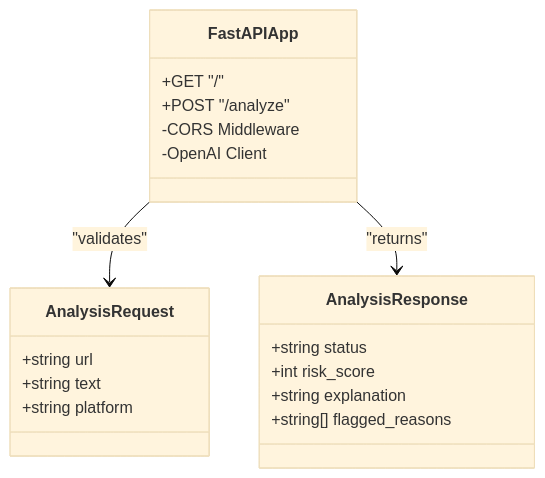
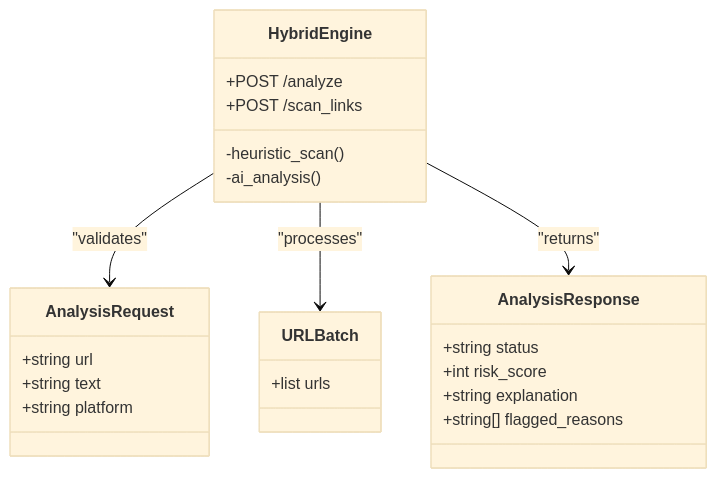
Before and after one commit to Aymanaahh/scrollguard-ai: the sixth of 7 diagrams in .qoder/repowiki/en/content/System Architecture.md, drawn with Mermaid (base theme). The commit also changed other lines of this file and 36 other files, not shown here.

````diff
--- a/.qoder/repowiki/en/content/System Architecture.md
+++ b/.qoder/repowiki/en/content/System Architecture.md
@@ -250,22 +263,26 @@
 ```mermaid
 classDiagram
 class AnalysisRequest {
 +string url
 +string text
 +string platform
 }
+class URLBatch {
++list urls
+}
 class AnalysisResponse {
 +string status
 +int risk_score
 +string explanation
 +string[] flagged_reasons
 }
-class FastAPIApp {
-+GET "/"
-+POST "/analyze"
--CORS Middleware
--OpenAI Client
+class HybridEngine {
++POST /analyze
++POST /scan_links
+-heuristic_scan()
+-ai_analysis()
 }
-FastAPIApp --> AnalysisRequest : "validates"
-FastAPIApp --> AnalysisResponse : "returns"
+HybridEngine --> AnalysisRequest : "validates"
+HybridEngine --> URLBatch : "processes"
+HybridEngine --> AnalysisResponse : "returns"
 ```
````
